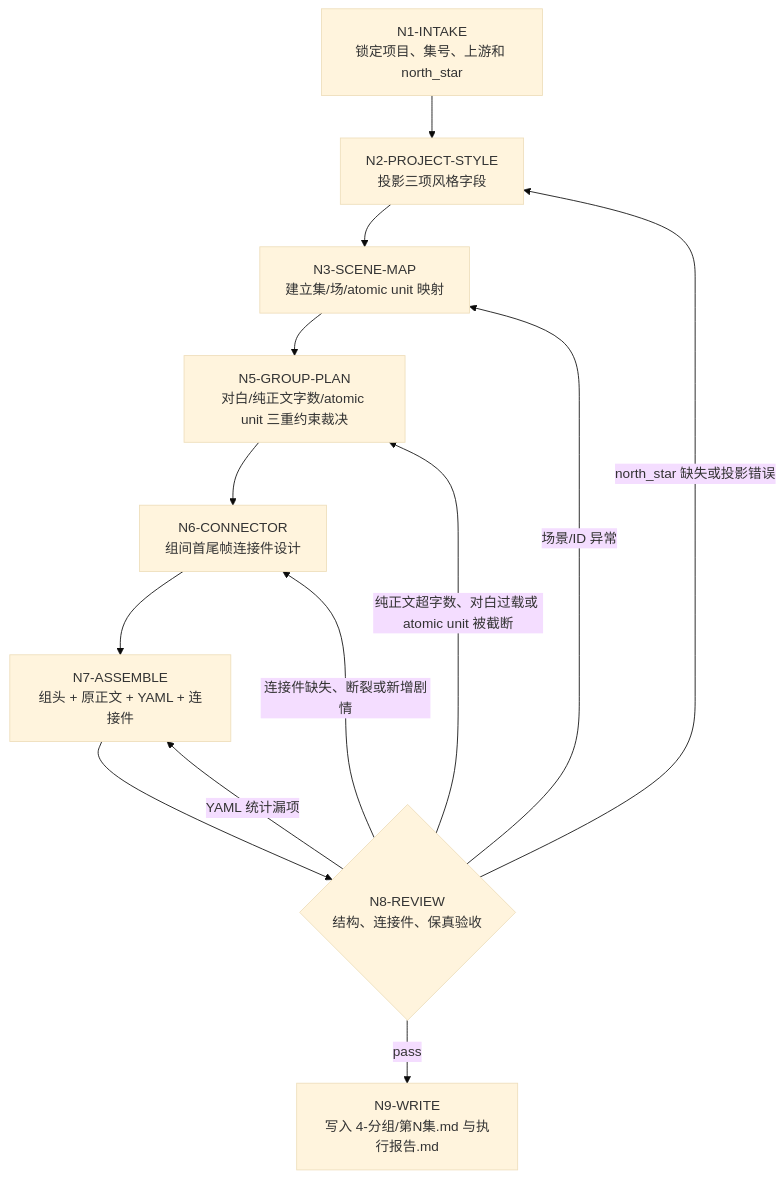
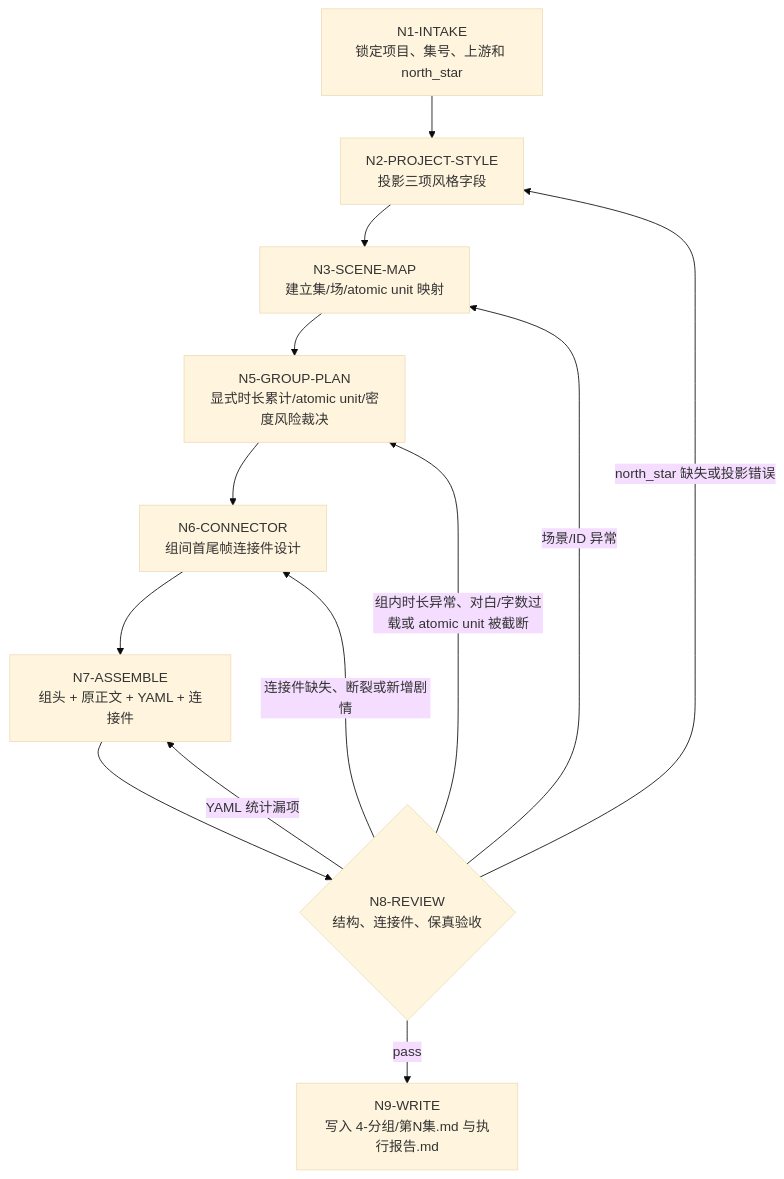
Before and after one commit to ZEN-VOID/AI-CUT: the first of 3 diagrams in .agents/skills/aigc/4-分组/steps/grouping-workflow.md, drawn with Mermaid (base theme). The commit also changed other lines of this file and 33 other files, not shown here.

````diff
--- a/.agents/skills/aigc/4-分组/steps/grouping-workflow.md
+++ b/.agents/skills/aigc/4-分组/steps/grouping-workflow.md
@@ -19,15 +19,15 @@
 ```mermaid
 flowchart TD
     N1["N1-INTAKE<br/>锁定项目、集号、上游和 north_star"] --> N2["N2-PROJECT-STYLE<br/>投影三项风格字段"]
     N2 --> N3["N3-SCENE-MAP<br/>建立集/场/atomic unit 映射"]
-    N3 --> N5["N5-GROUP-PLAN<br/>对白/纯正文字数/atomic unit 三重约束裁决"]
+    N3 --> N5["N5-GROUP-PLAN<br/>显式时长累计/atomic unit/密度风险裁决"]
     N5 --> N6["N6-CONNECTOR<br/>组间首尾帧连接件设计"]
     N6 --> N7["N7-ASSEMBLE<br/>组头 + 原正文 + YAML + 连接件"]
     N7 --> N8{"N8-REVIEW<br/>结构、连接件、保真验收"}
     N8 -->|"pass"| N9["N9-WRITE<br/>写入 4-分组/第N集.md 与执行报告.md"]
     N8 -->|"north_star 缺失或投影错误"| N2
     N8 -->|"场景/ID 异常"| N3
-    N8 -->|"纯正文超字数、对白过载或 atomic unit 被截断"| N5
+    N8 -->|"组内时长异常、对白/字数过载或 atomic unit 被截断"| N5
     N8 -->|"连接件缺失、断裂或新增剧情"| N6
     N8 -->|"YAML 统计漏项"| N7
 ```
````
